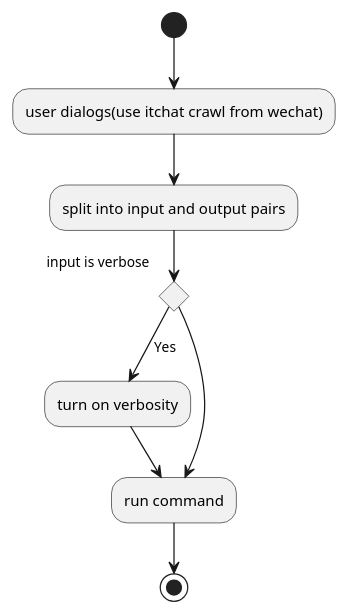
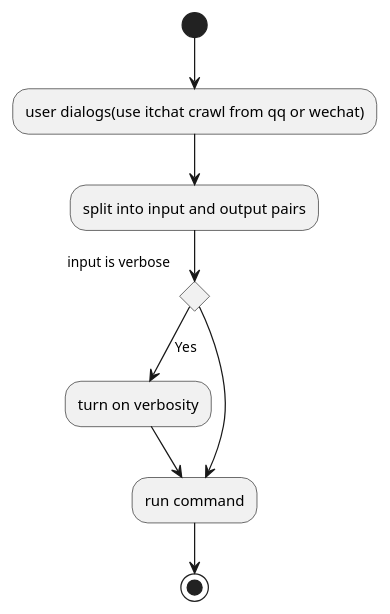
The diagram in doc/Activity_AnalysizeDialogs.puml (showkeyjar/ACat), drawn with PlantUML before and after one commit. The commit also changed 1 other file, not shown here.

```diff
--- a/doc/Activity_AnalysizeDialogs.puml
+++ b/doc/Activity_AnalysizeDialogs.puml
@@ -1,11 +1,11 @@
 @startuml
-(*)  --> "user dialogs(use itchat crawl from wechat)"
+(*)  --> "user dialogs(use itchat crawl from qq or wechat)"
 --> "split into input and output pairs"
 If "input is verbose" then
 --> [Yes] "turn on verbosity"
 --> "run command"
 else
 --> "run command"
 Endif
 -->(*)
 @enduml
```
